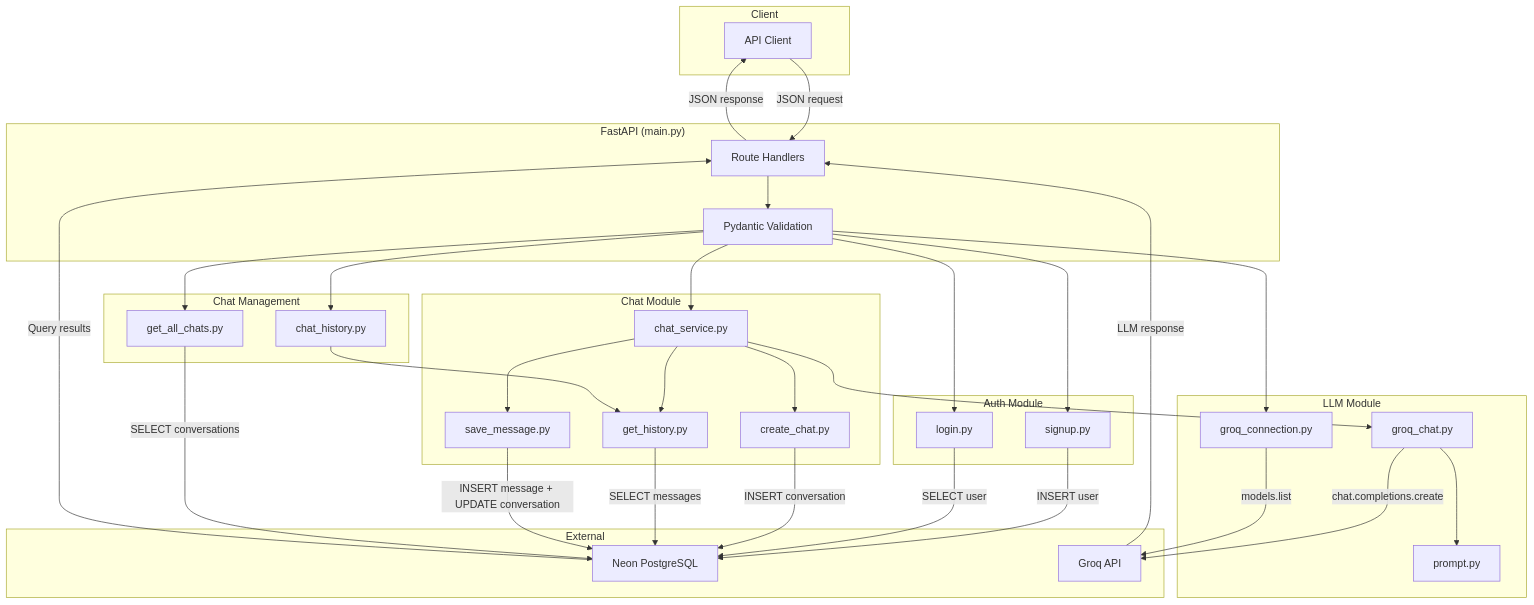
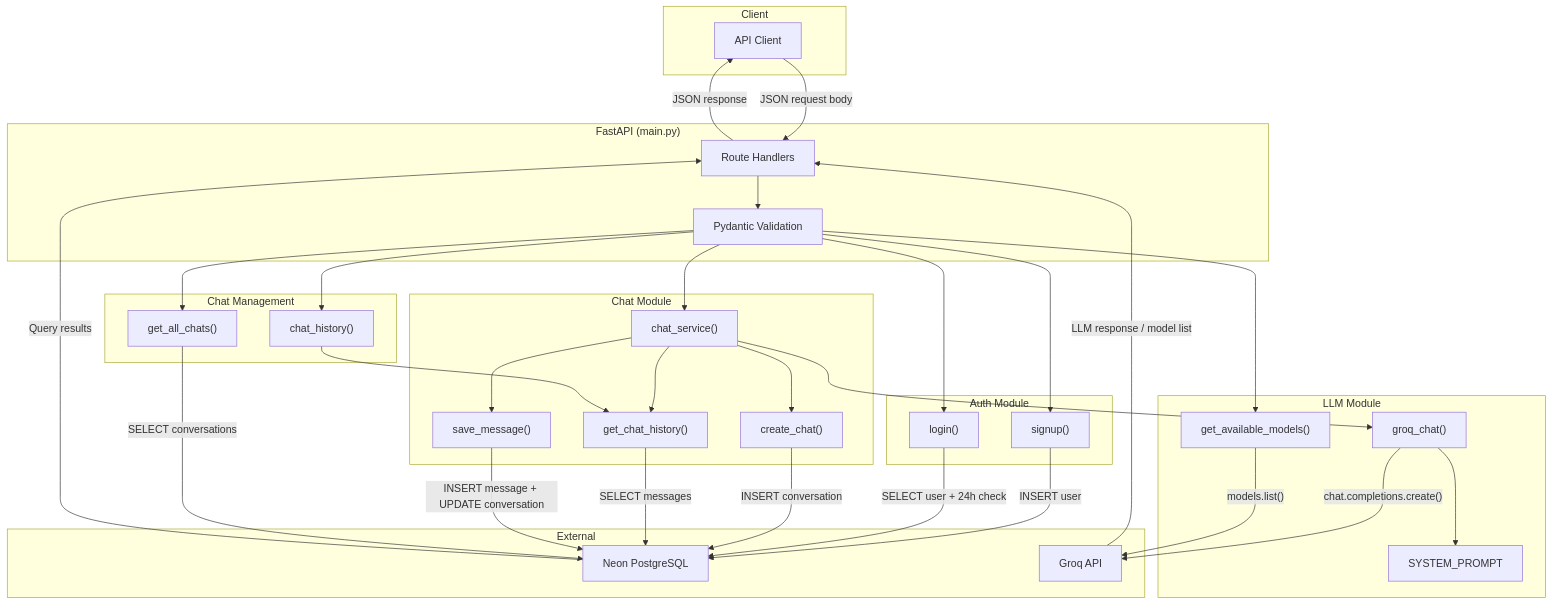
The fourth of 4 diagrams in Documents/PROJECT_FLOWS.md (MONARCH1108/monarch-AI-Bot), drawn with Mermaid before and after one commit. The commit also changed other lines of this file and 2 other files, not shown here.

````diff
--- a/Documents/PROJECT_FLOWS.md
+++ b/Documents/PROJECT_FLOWS.md
@@ -479,68 +497,60 @@
 ```mermaid
 flowchart TD
     subgraph Client
         A["API Client"]
     end
 
     subgraph "FastAPI (main.py)"
         B["Route Handlers"]
         C["Pydantic Validation"]
     end
 
     subgraph "Auth Module"
-        D["signup.py"]
-        E["login.py"]
+        D["signup()"]
+        E["login()"]
     end
 
     subgraph "Chat Module"
-        F["chat_service.py"]
-        G["create_chat.py"]
-        H["get_history.py"]
-        I["save_message.py"]
+        F["chat_service()"]
+        G["create_chat()"]
+        H["get_chat_history()"]
+        I["save_message()"]
     end
 
     subgraph "Chat Management"
-        J["chat_history.py"]
-        K["get_all_chats.py"]
+        J["chat_history()"]
+        K["get_all_chats()"]
     end
 
     subgraph "LLM Module"
-        L["groq_chat.py"]
-        M["groq_connection.py"]
-        N["prompt.py"]
+        L["groq_chat()"]
+        M["get_available_models()"]
+        N["SYSTEM_PROMPT"]
     end
 
-    subgraph "External"
+    subgraph External
         O["Neon PostgreSQL"]
         P["Groq API"]
     end
 
-    A -->|"JSON request"| B
+    A -->|"JSON request body"| B
     B --> C
-    C --> D
-    C --> E
-    C --> F
-    C --> J
-    C --> K
-    C --> M
+    C --> D & E & F & J & K & M
 
     D -->|"INSERT user"| O
-    E -->|"SELECT user"| O
-    F --> G
-    F --> H
-    F --> I
-    F --> L
+    E -->|"SELECT user + 24h check"| O
+    F --> G & H & I & L
     G -->|"INSERT conversation"| O
     H -->|"SELECT messages"| O
     I -->|"INSERT message + UPDATE conversation"| O
     J --> H
     K -->|"SELECT conversations"| O
 
     L --> N
-    L -->|"chat.completions.create"| P
-    M -->|"models.list"| P
+    L -->|"chat.completions.create()"| P
+    M -->|"models.list()"| P
 
     O -->|"Query results"| B
-    P -->|"LLM response"| B
+    P -->|"LLM response / model list"| B
     B -->|"JSON response"| A
 ```
````
